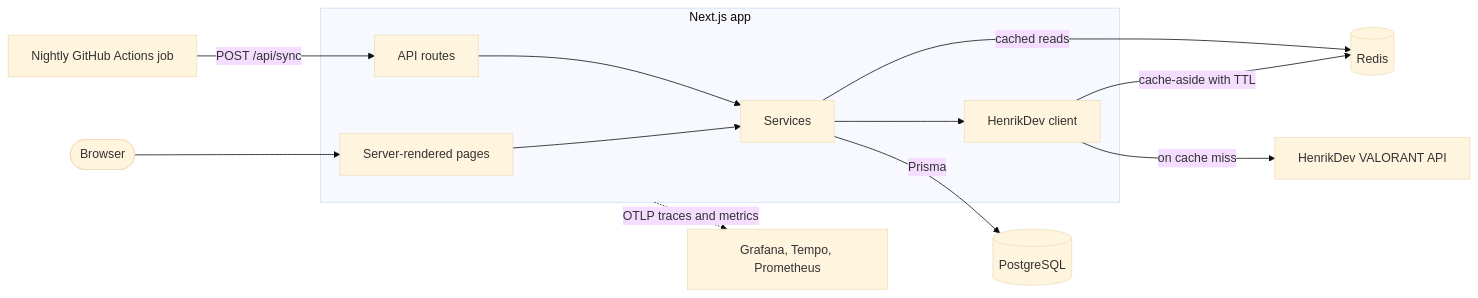
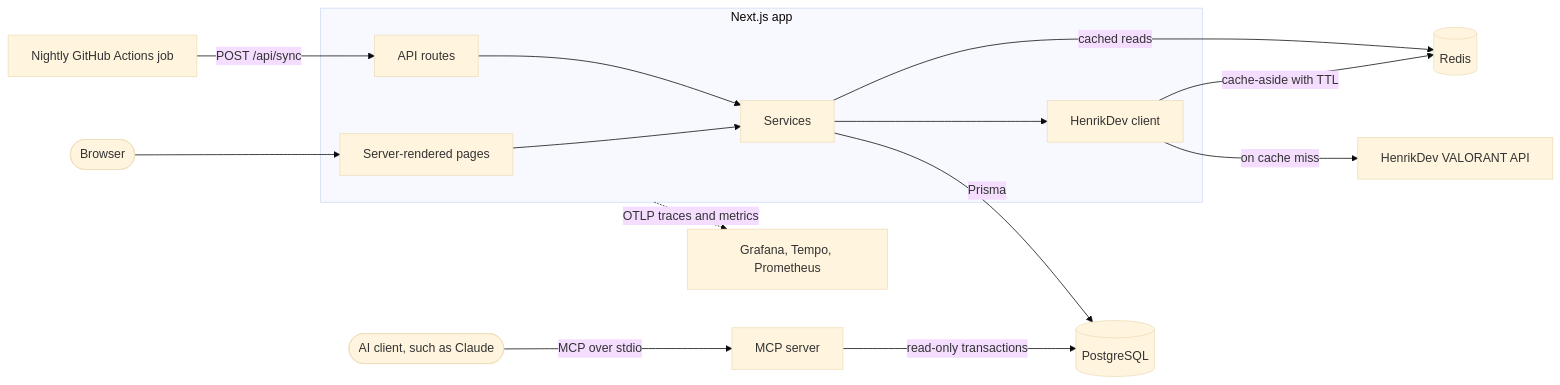
Before and after one commit to andrewwsou/valorant-tracker: the diagram in README.md, drawn with Mermaid (base theme). The commit also changed other lines of this file and 15 other files, not shown here.

Commit message:
Add a read-only MCP server so AI agents can query player stats

````diff
--- a/README.md
+++ b/README.md
@@ -26,16 +27,18 @@
 ```mermaid
 flowchart LR
     subgraph app [Next.js app]
         pages[Server-rendered pages] --> services[Services]
         api[API routes] --> services
         services --> client[HenrikDev client]
     end
 
     browser([Browser]) --> pages
     cron[Nightly GitHub Actions job] -->|"POST /api/sync"| api
     client -->|cache-aside with TTL| redis[(Redis)]
     client -->|on cache miss| henrik[HenrikDev VALORANT API]
     services -->|cached reads| redis
     services -->|Prisma| postgres[(PostgreSQL)]
     app -.->|OTLP traces and metrics| lgtm[Grafana, Tempo, Prometheus]
+    agent([AI client, such as Claude]) -->|"MCP over stdio"| mcp[MCP server]
+    mcp -->|read-only transactions| postgres
 ```
````
